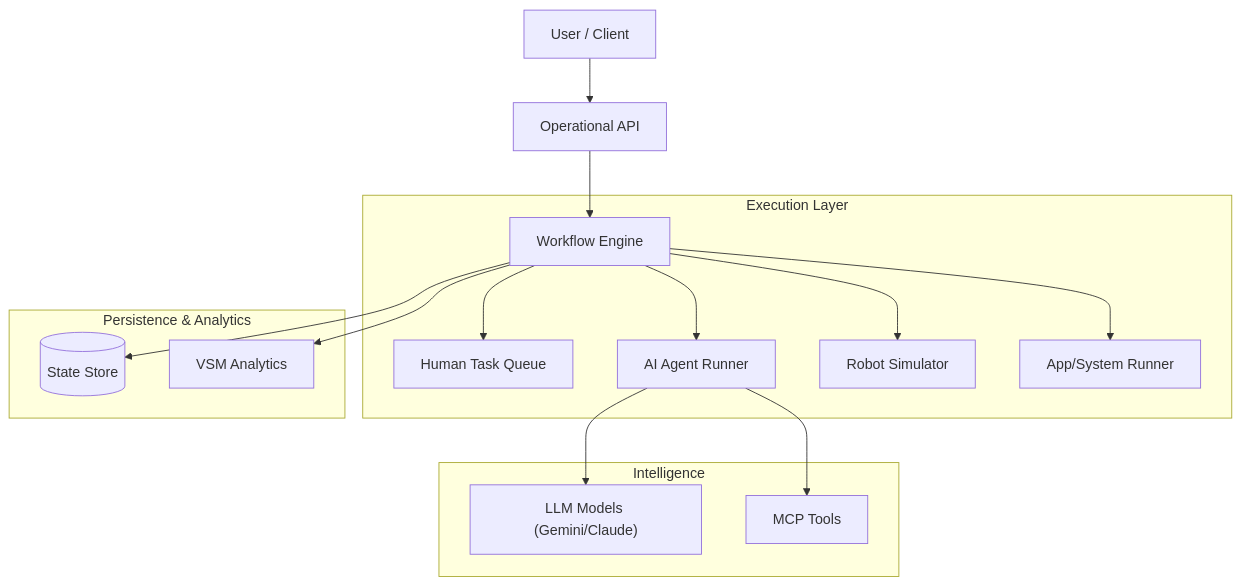
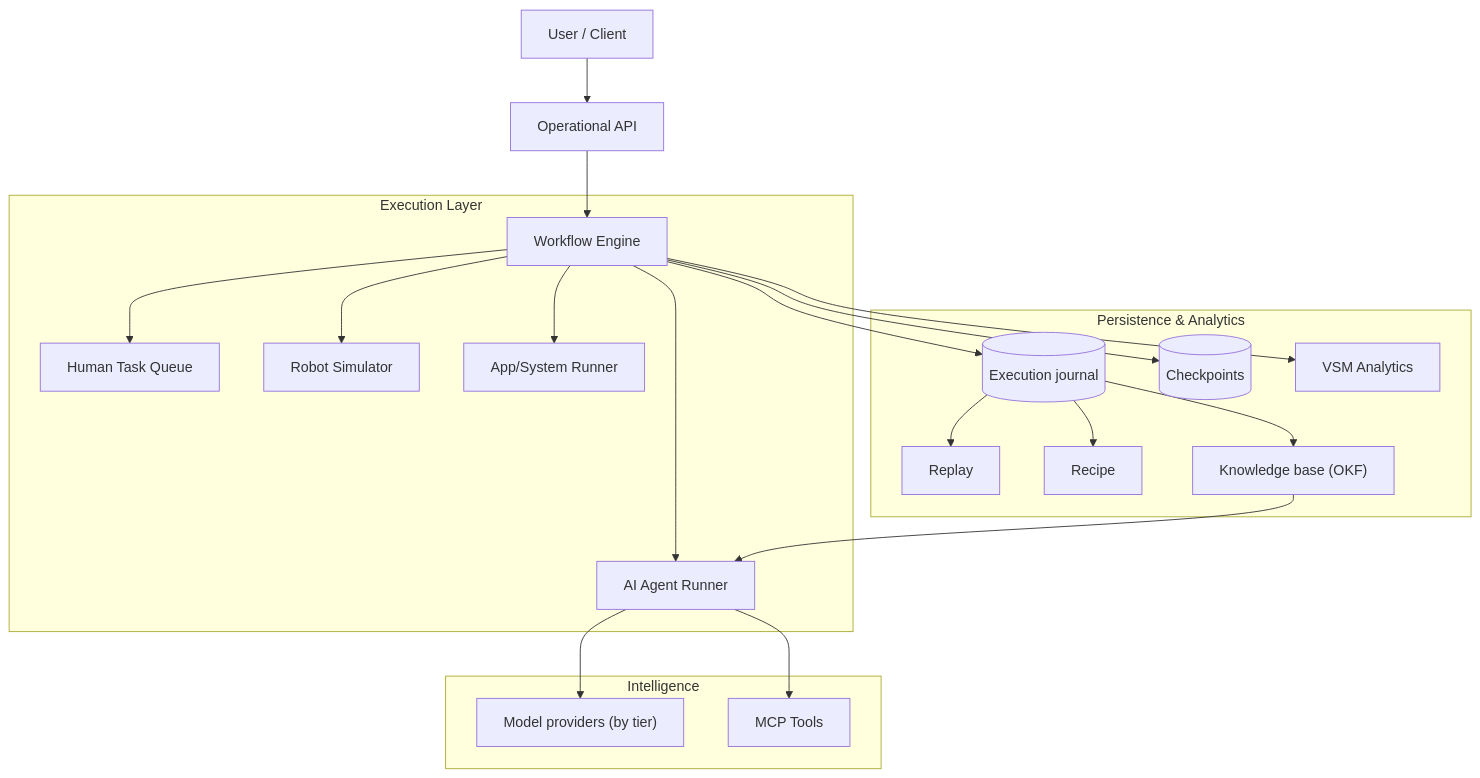
The diagram in README.md (yannickhuchard/agentic-workflow-architecture), drawn with Mermaid before and after one commit. The commit also changed other lines of this file and 33 other files, not shown here.

````diff
--- a/README.md
+++ b/README.md
@@ -89,22 +115,27 @@
 ```mermaid
 graph TD
     User["User / Client"] --> API["Operational API"]
     API --> Engine["Workflow Engine"]
     
     subgraph "Execution Layer"
         Engine --> Human["Human Task Queue"]
         Engine --> AI["AI Agent Runner"]
         Engine --> Robot["Robot Simulator"]
         Engine --> App["App/System Runner"]
     end
     
     subgraph "Intelligence"
-        AI --> LLM["LLM Models (Gemini/Claude)"]
+        AI --> LLM["Model providers (by tier)"]
         AI --> Tools["MCP Tools"]
     end
     
     subgraph "Persistence & Analytics"
-        Engine --> DB[("State Store")]
+        Engine --> Journal[("Execution journal")]
+        Engine --> DB[("Checkpoints")]
         Engine --> VSM["VSM Analytics"]
+        Journal --> Replay["Replay"]
+        Journal --> Recipe["Recipe"]
+        Journal --> KB["Knowledge base (OKF)"]
+        KB --> AI
     end
 ```
````
